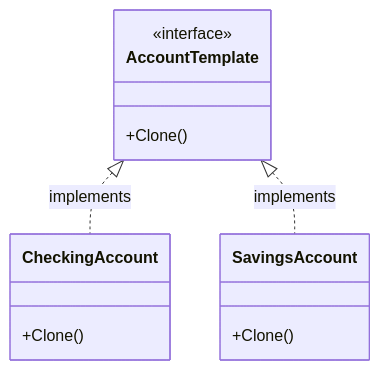
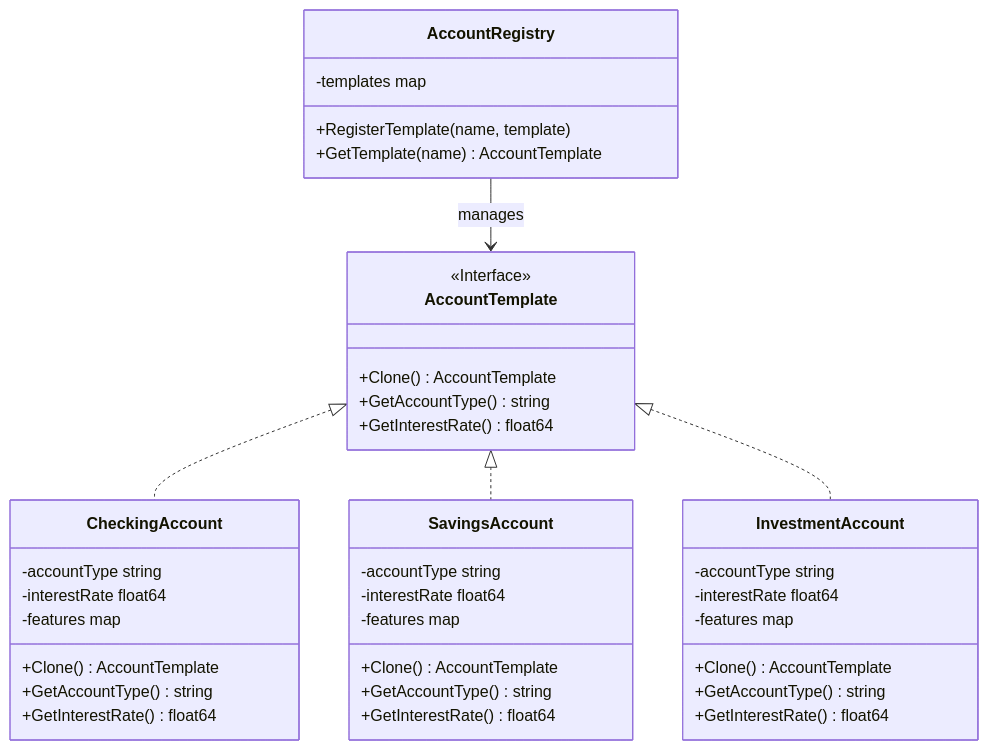
One commit to JoshuaPangaribuan/design-pattern-go changed the first of 2 diagrams in creational/prototype/README.md. Above: the diagram before and after it, drawn with Mermaid. The commit also changed other lines of this file and 23 other files, not shown here.

Commit message:
feat: add more diagrams

````diff
--- a/creational/prototype/README.md
+++ b/creational/prototype/README.md
@@ -23,16 +25,43 @@
 ```mermaid
 classDiagram
     class AccountTemplate {
-        <<interface>>
-        +Clone()
+        <<Interface>>
+        +Clone() AccountTemplate
+        +GetAccountType() string
+        +GetInterestRate() float64
     }
     class CheckingAccount {
-        +Clone()
+        -accountType string
+        -interestRate float64
+        -features map
+        +Clone() AccountTemplate
+        +GetAccountType() string
+        +GetInterestRate() float64
     }
     class SavingsAccount {
-        +Clone()
+        -accountType string
+        -interestRate float64
+        -features map
+        +Clone() AccountTemplate
+        +GetAccountType() string
+        +GetInterestRate() float64
+    }
+    class InvestmentAccount {
+        -accountType string
+        -interestRate float64
+        -features map
+        +Clone() AccountTemplate
+        +GetAccountType() string
+        +GetInterestRate() float64
+    }
+    class AccountRegistry {
+        -templates map
+        +RegisterTemplate(name, template)
+        +GetTemplate(name) AccountTemplate
     }
     
-    AccountTemplate <|.. CheckingAccount : implements
-    AccountTemplate <|.. SavingsAccount : implements
+    AccountTemplate <|.. CheckingAccount
+    AccountTemplate <|.. SavingsAccount
+    AccountTemplate <|.. InvestmentAccount
+    AccountRegistry --> AccountTemplate : manages
 ```
````
